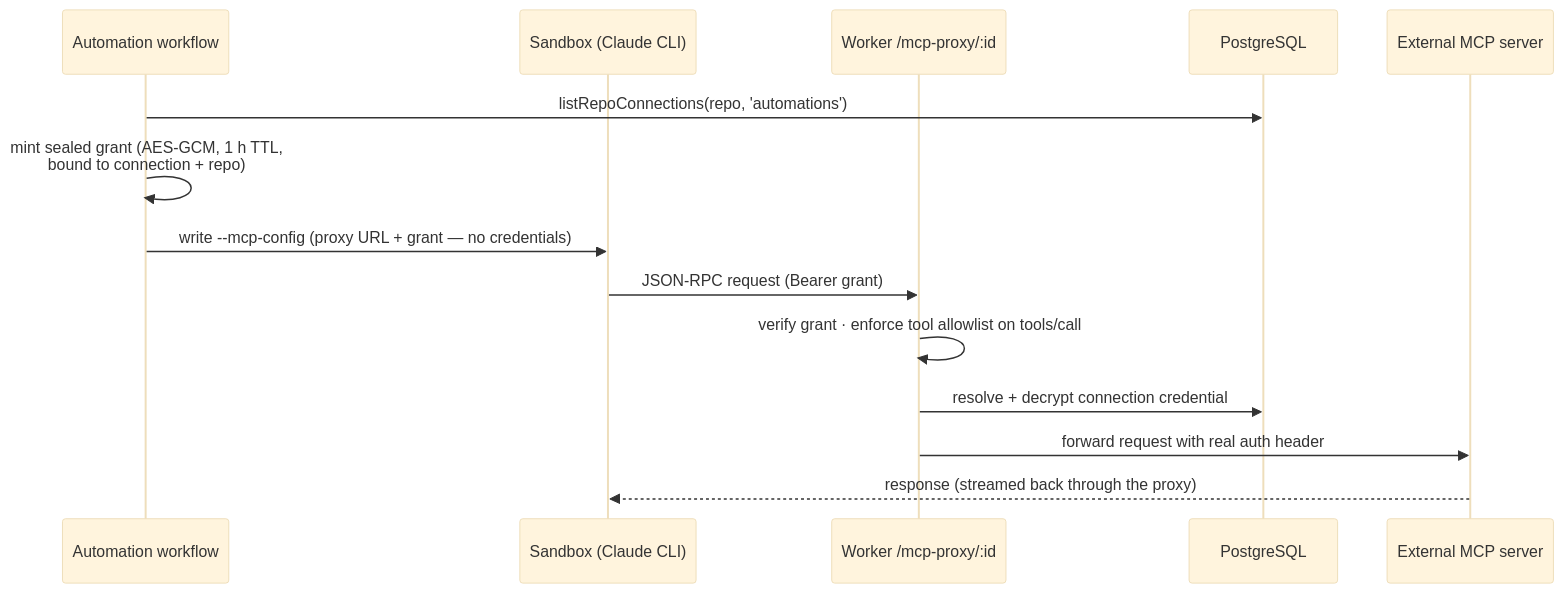
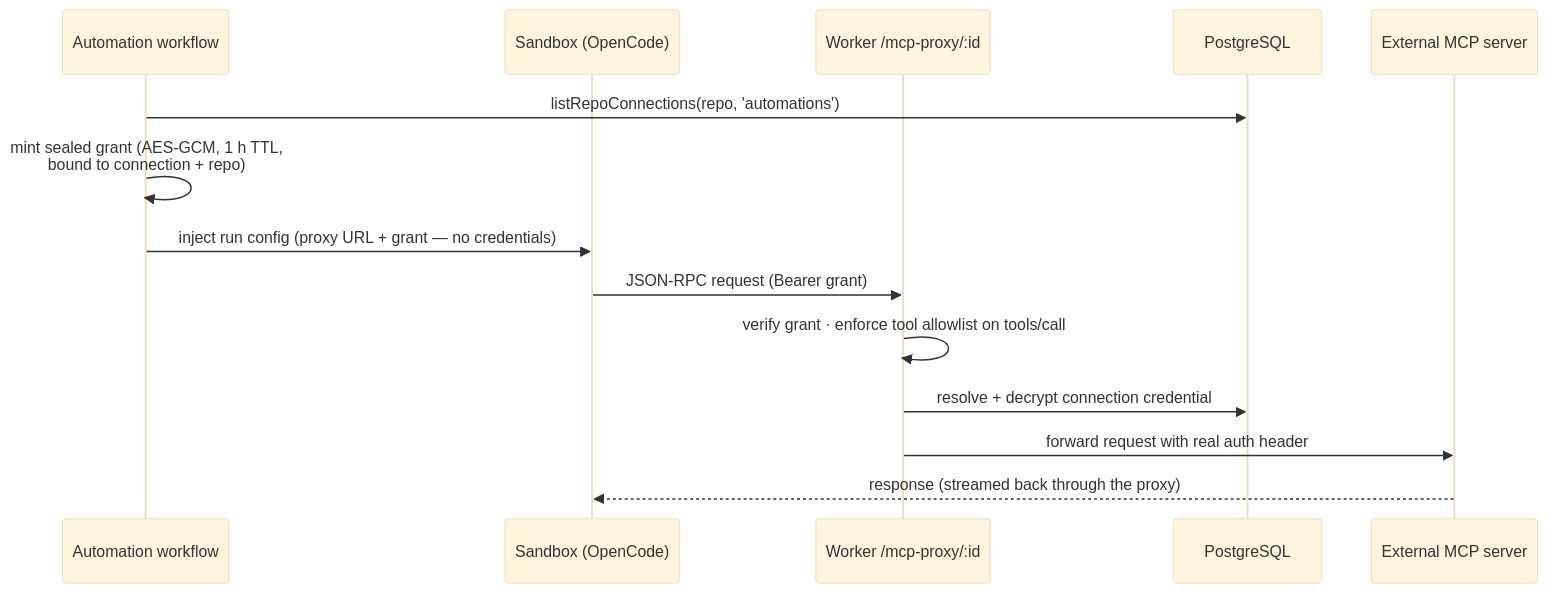
One commit to Ngineer101/turbodiff changed the second of 2 diagrams in README.md. Above: the diagram before and after it, drawn with Mermaid (base theme). The commit also changed other lines of this file and 55 other files, not shown here.

Commit message:
feat(factory): run OpenCode through AI Gateway

````diff
--- a/README.md
+++ b/README.md
@@ -147,17 +152,17 @@
 ```mermaid
 sequenceDiagram
   participant WF as Automation workflow
-  participant SB as Sandbox (Claude CLI)
+  participant SB as Sandbox (OpenCode)
   participant PX as Worker /mcp-proxy/:id
   participant PG as PostgreSQL
   participant MCP as External MCP server
 
   WF->>PG: listRepoConnections(repo, 'automations')
   WF->>WF: mint sealed grant (AES-GCM, 1 h TTL,<br/>bound to connection + repo)
-  WF->>SB: write --mcp-config (proxy URL + grant — no credentials)
+  WF->>SB: inject run config (proxy URL + grant — no credentials)
   SB->>PX: JSON-RPC request (Bearer grant)
   PX->>PX: verify grant · enforce tool allowlist on tools/call
   PX->>PG: resolve + decrypt connection credential
   PX->>MCP: forward request with real auth header
   MCP-->>SB: response (streamed back through the proxy)
 ```
````
